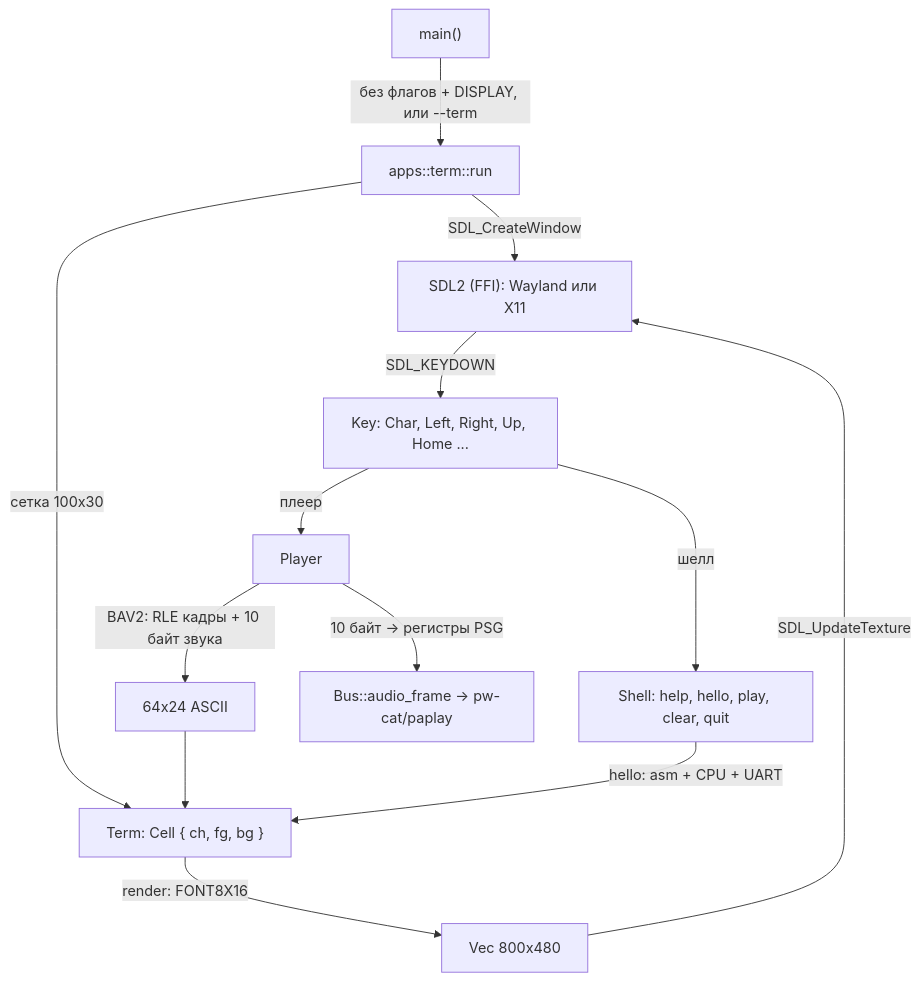
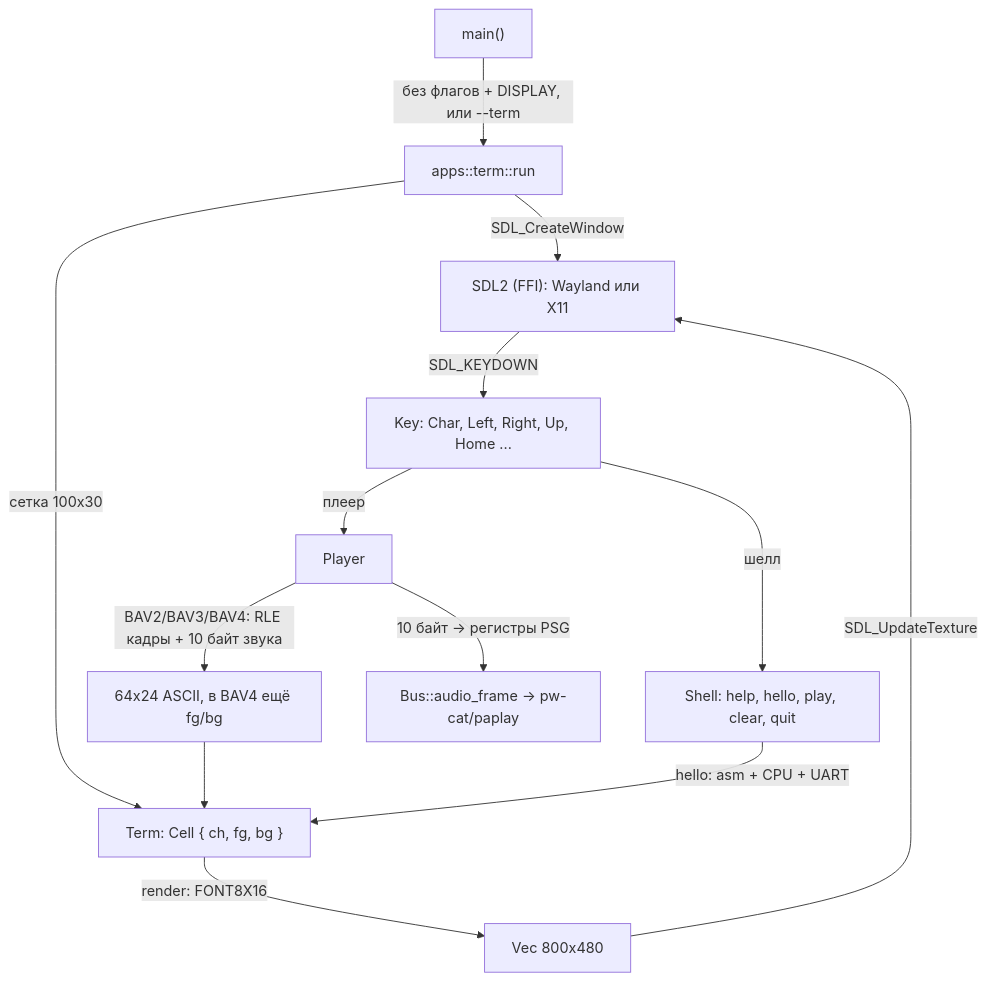
Before and after one commit to loki5512344ss/SummumOS: diagram 26 of 28 in чертежи.md, drawn with Mermaid. The commit also changed other lines of this file and 16 other files, not shown here.

````diff
--- a/чертежи.md
+++ b/чертежи.md
@@ -622,15 +654,15 @@
 ```mermaid
 graph TD
     main["main()"] -->|"без флагов + DISPLAY, или --term"| term["apps::term::run"]
     term -->|"SDL_CreateWindow"| sdl["SDL2 (FFI): Wayland или X11"]
     term -->|"сетка 100x30"| grid["Term: Cell { ch, fg, bg }"]
     grid -->|"render: FONT8X16"| pixels["Vec<u32> 800x480"]
     pixels -->|"SDL_UpdateTexture"| sdl
     sdl -->|"SDL_KEYDOWN"| keys["Key: Char, Left, Right, Up, Home ..."]
     keys -->|"шелл"| shell["Shell: help, hello, play, clear, quit"]
     keys -->|"плеер"| player["Player"]
-    player -->|"BAV2: RLE кадры + 10 байт звука"| frames["64x24 ASCII"]
+    player -->|"BAV2/BAV3/BAV4: RLE кадры + 10 байт звука"| frames["64x24 ASCII, в BAV4 ещё fg/bg"]
     frames --> grid
     player -->|"10 байт -> регистры PSG"| psg["Bus::audio_frame -> pw-cat/paplay"]
     shell -->|"hello: asm + CPU + UART"| grid
 ```
````
